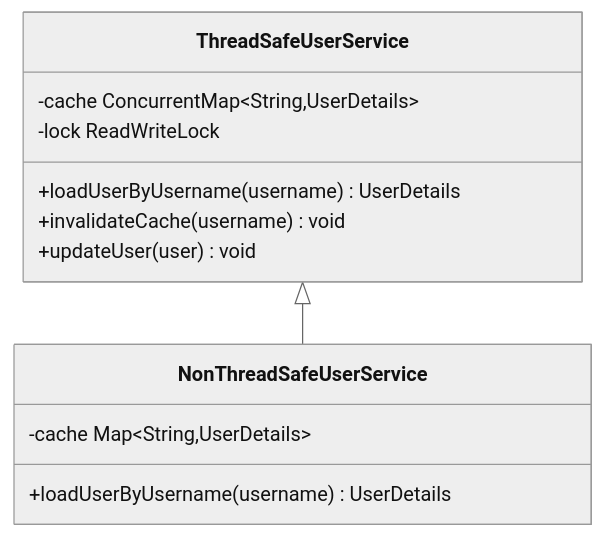
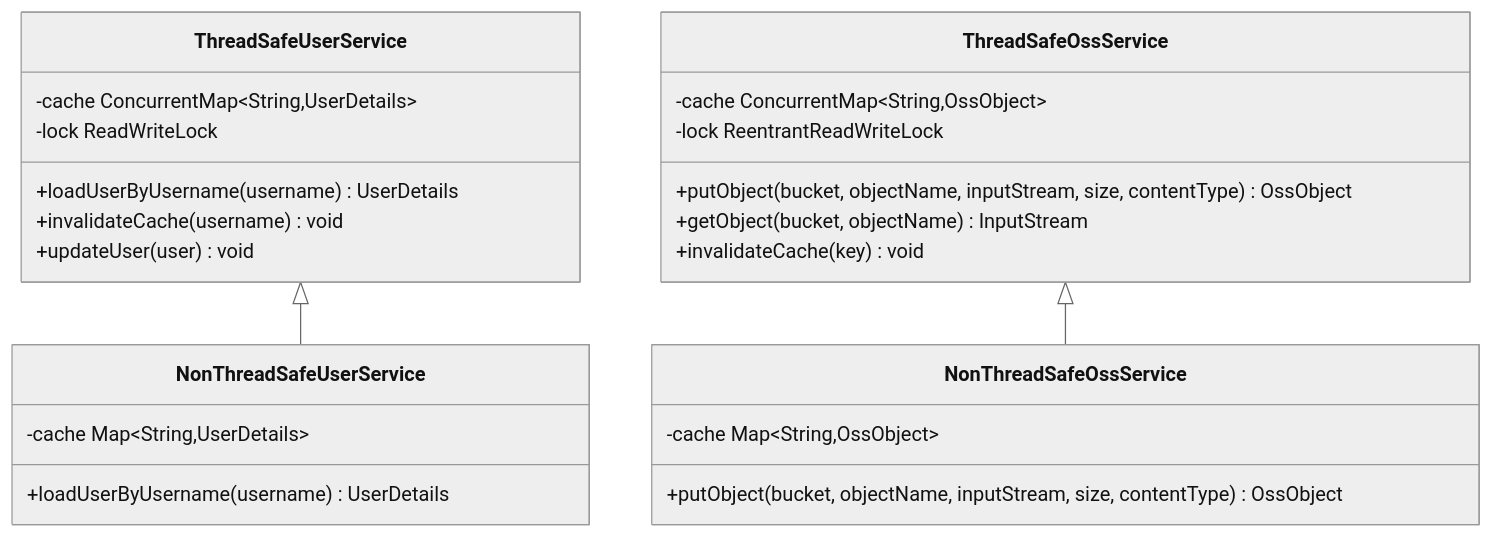
One commit to hutengqi/molly changed diagram 12 of 13 in .qoder/repowiki/zh/content/扩展点和自定义.md. Above: the diagram before and after it, drawn with Mermaid (neutral theme). The commit also changed other lines of this file and 3 other files, not shown here.

````diff
--- a/.qoder/repowiki/zh/content/扩展点和自定义.md
+++ b/.qoder/repowiki/zh/content/扩展点和自定义.md
@@ -342,15 +530,27 @@
 ```mermaid
 classDiagram
 class ThreadSafeUserService {
 -cache ConcurrentMap~String,UserDetails~
 -lock ReadWriteLock
 +loadUserByUsername(username) UserDetails
 +invalidateCache(username) void
 +updateUser(user) void
 }
+class ThreadSafeOssService {
+-cache ConcurrentMap~String,OssObject~
+-lock ReentrantReadWriteLock
++putObject(bucket, objectName, inputStream, size, contentType) OssObject
++getObject(bucket, objectName) InputStream
++invalidateCache(key) void
+}
 class NonThreadSafeUserService {
 -cache Map~String,UserDetails~
 +loadUserByUsername(username) UserDetails
 }
+class NonThreadSafeOssService {
+-cache Map~String,OssObject~
++putObject(bucket, objectName, inputStream, size, contentType) OssObject
+}
 ThreadSafeUserService <|-- NonThreadSafeUserService
+ThreadSafeOssService <|-- NonThreadSafeOssService
 ```
````
